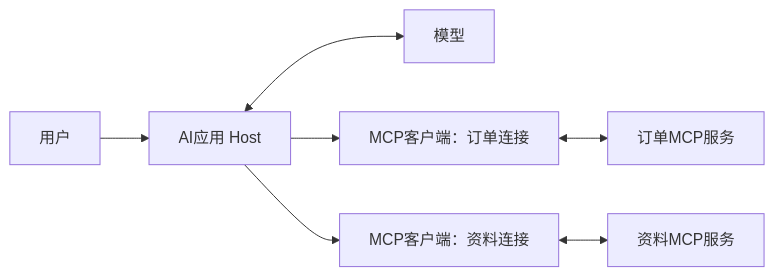
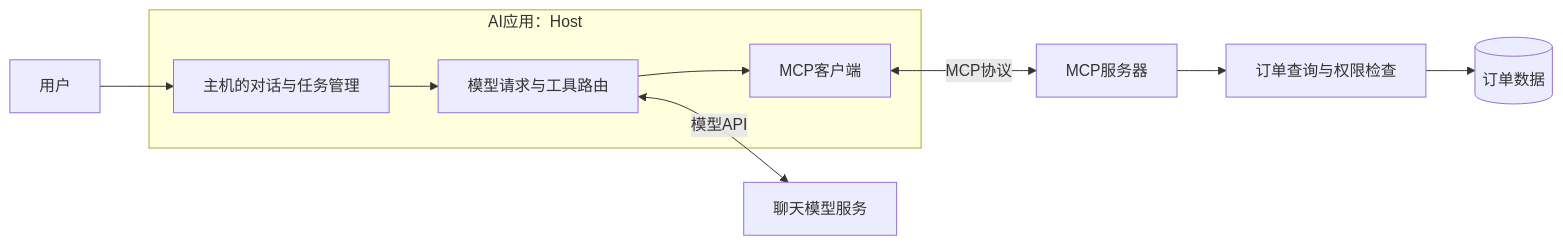
Before and after one commit to benx92/ai-learning-notes: the first of 2 diagrams in 16-MCP入门模型如何连接工具和资源.md, drawn with Mermaid. The commit also changed other lines of this file and 43 other files, not shown here.

````diff
--- a/16-MCP入门模型如何连接工具和资源.md
+++ b/16-MCP入门模型如何连接工具和资源.md
@@ -73,9 +40,12 @@
 ```mermaid
 flowchart LR
-    U[用户] --> H[AI应用 Host]
-    H <--> M[模型]
-    H --> C1[MCP客户端：订单连接]
-    H --> C2[MCP客户端：资料连接]
-    C1 <--> S1[订单MCP服务]
-    C2 <--> S2[资料MCP服务]
+    U[用户] --> UI[主机的对话与任务管理]
+    subgraph Host[AI应用：Host]
+        UI --> B[模型请求与工具路由]
+        B --> C[MCP客户端]
+    end
+    B <-->|模型API| M[聊天模型服务]
+    C <-->|MCP协议| S[MCP服务器]
+    S --> T[订单查询与权限检查]
+    T --> DB[(订单数据)]
 ```
````
